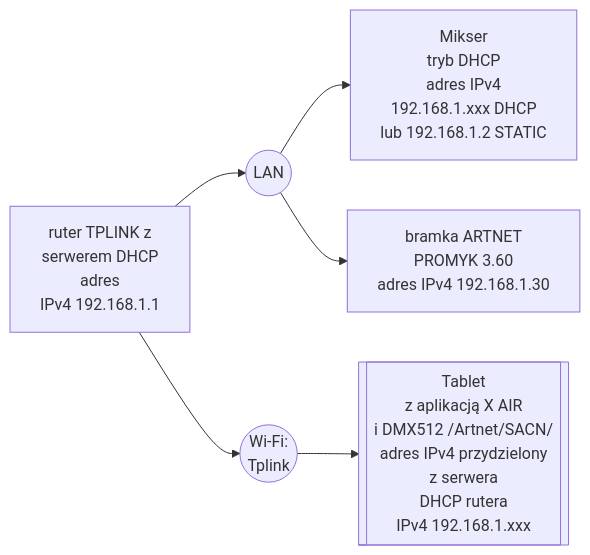
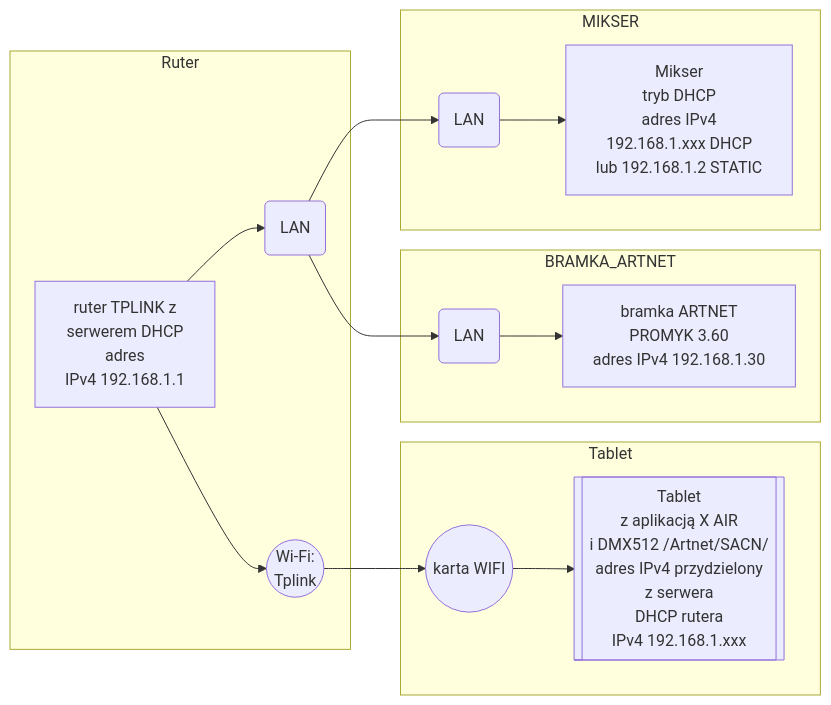
One commit to wklteam64/wklteam64.github.io changed the second of 2 diagrams in _posts/2025-10-01-Mikser_i_bramka_artnet_sterowane_z_tabletu.md. Above: the diagram before and after it, drawn with Mermaid. The commit also changed other lines of this file and 1 other file, not shown here.

Commit message:
final_subgrafy

````diff
--- a/_posts/2025-10-01-Mikser_i_bramka_artnet_sterowane_z_tabletu.md
+++ b/_posts/2025-10-01-Mikser_i_bramka_artnet_sterowane_z_tabletu.md
@@ -76,35 +85,51 @@
 ```mermaid
 flowchart LR
+subgraph MIKSER
 A[Mikser 
 tryb DHCP
 adres IPv4 
 192.168.1.xxx DHCP
 lub 192.168.1.2 STATIC]
+ML(LAN)
+
+end
+subgraph Tablet
 B[[Tablet
 z aplikacją X AIR
  i DMX512 /Artnet/SACN/
 adres IPv4 przydzielony 
 z serwera 
 DHCP rutera
 IPv4 192.168.1.xxx]]
-C((Wi-Fi: 
-Tplink))
+TW((karta WIFI))
+
+end
+
+subgraph BRAMKA_ARTNET 
+P[bramka ARTNET 
+PROMYK 3.60
+adres IPv4 192.168.1.30]
+PLAN(LAN)
+
+end
+
+subgraph Ruter
 R[ruter TPLINK z 
 serwerem DHCP
 adres
 IPv4 192.168.1.1]
-L((LAN))
-P[bramka ARTNET 
-PROMYK 3.60
-adres IPv4 192.168.1.30]
+L(LAN)
+C((Wi-Fi: 
+Tplink))
+end
 
-
-L --> A
+L --> ML
+ML-->A
 R --> L
-C --> B
+C --> TW
 R -->C
-L --> P
-
-
+L --> PLAN
+PLAN --> P
+TW-->B
 
 ```
````
